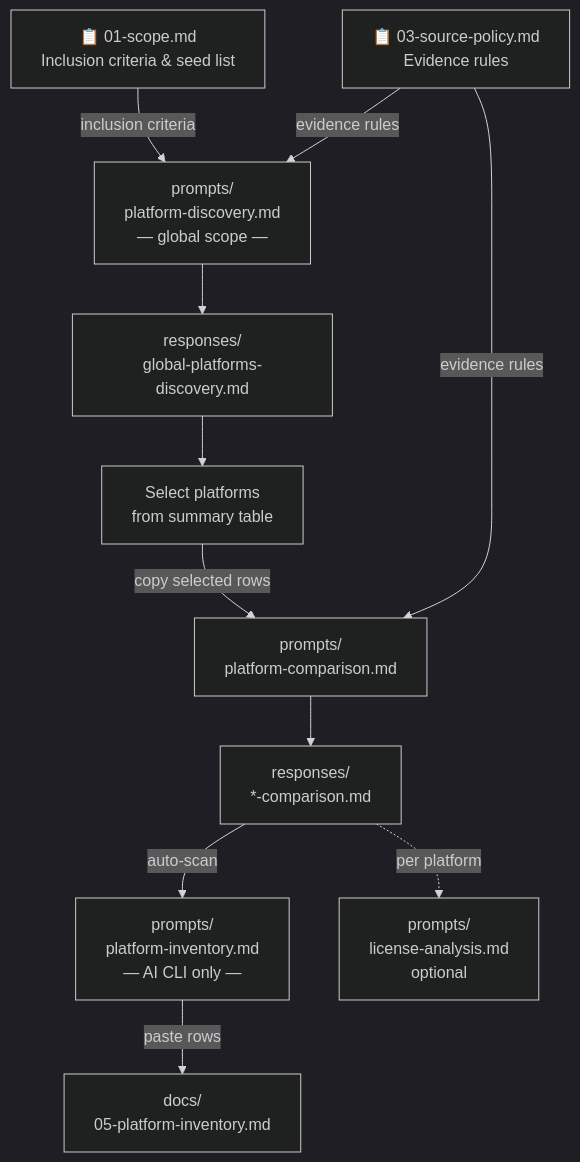
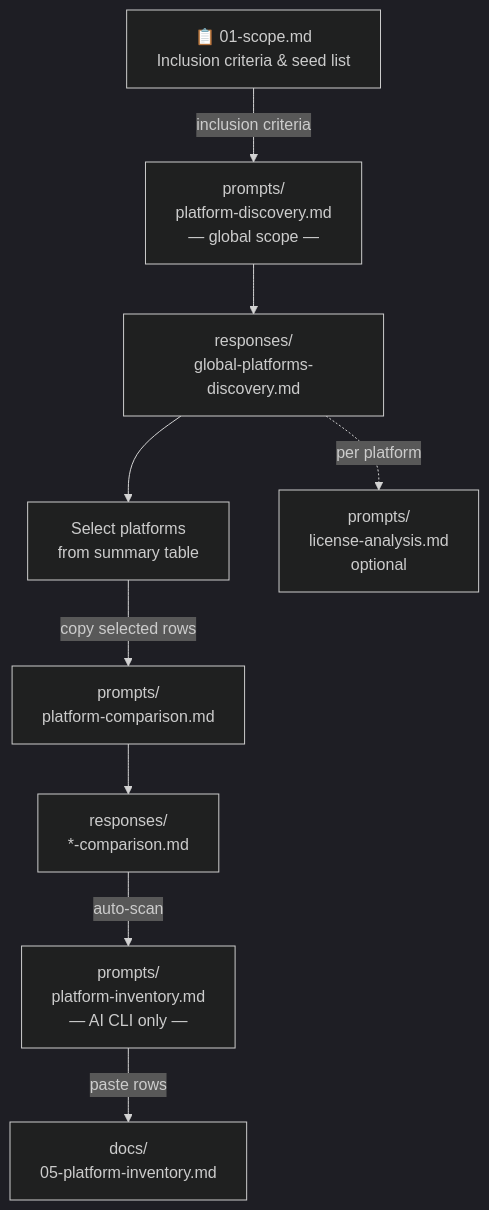
One commit to dtcc-platform/udt-platforms-mapping changed the diagram in docs/02-methodology.md. Above: the diagram before and after it, drawn with Mermaid (dark theme).

Commit message:
fix(docs): remove source-policy node from workflow diagram

````diff
--- a/docs/02-methodology.md
+++ b/docs/02-methodology.md
@@ -23,25 +23,22 @@
 ```mermaid
 flowchart TD
     scope["📋 01-scope.md\nInclusion criteria & seed list"]
-    policy["📋 03-source-policy.md\nEvidence rules"]
 
     disc["prompts/\nplatform-discovery.md\n― global scope ―"]
     dresp["responses/\nglobal-platforms-discovery.md"]
     select["Select platforms\nfrom summary table"]
     comp["prompts/\nplatform-comparison.md"]
     cresp["responses/\n*-comparison.md"]
     inv["prompts/\nplatform-inventory.md\n― AI CLI only ―"]
     table["docs/\n05-platform-inventory.md"]
     lic["prompts/\nlicense-analysis.md\noptional"]
 
     scope -->|"inclusion criteria"| disc
-    policy -->|"evidence rules"| disc
-    policy -->|"evidence rules"| comp
     disc --> dresp
     dresp --> select
     select -->|"copy selected rows"| comp
     comp --> cresp
     cresp -->|"auto-scan"| inv
     inv -->|"paste rows"| table
-    cresp -.->|"per platform"| lic
+    dresp -.->|"per platform"| lic
 ```
````
